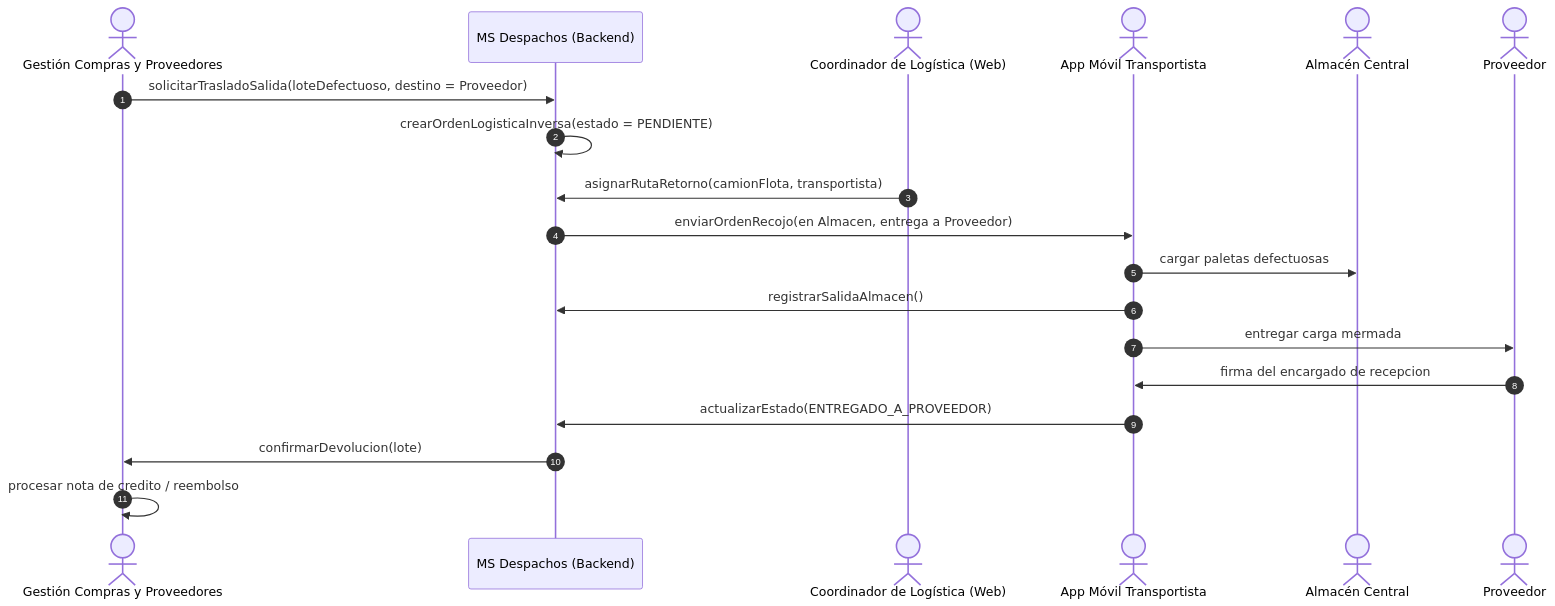
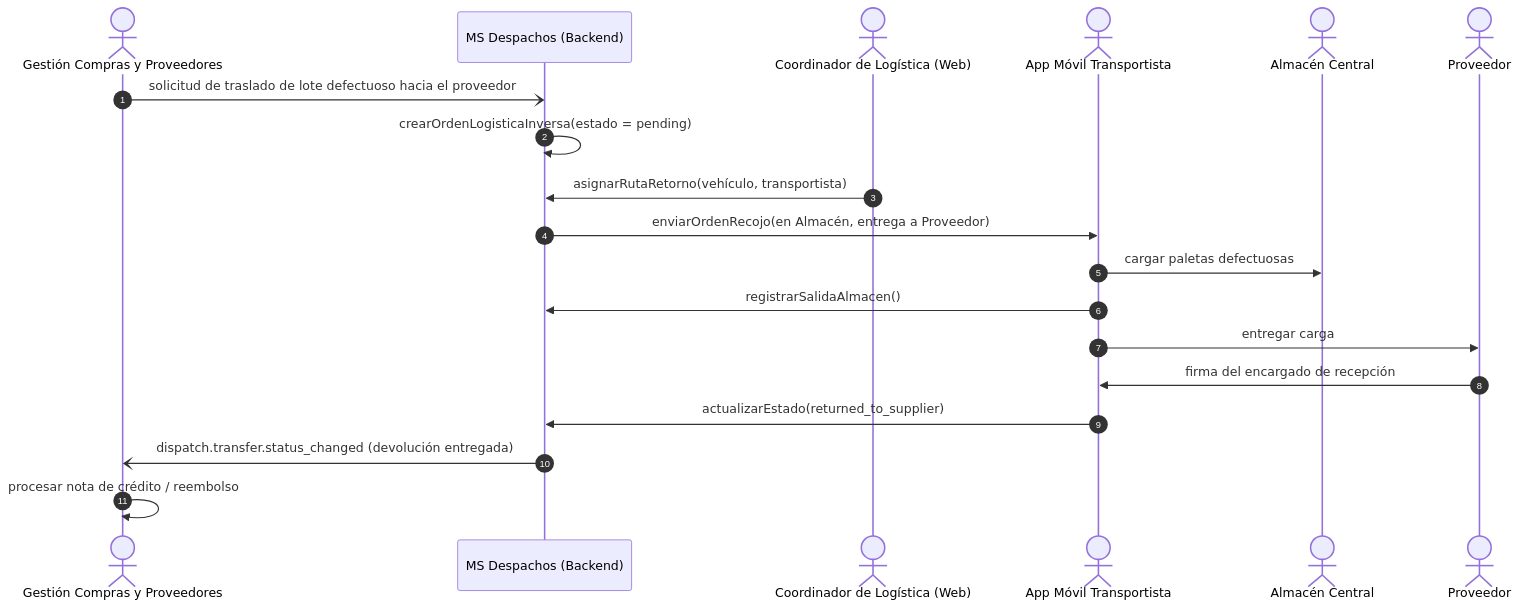
The fifth of 5 diagrams in interoperabilidad-y-flujos.md (Entregas-y-despacho-MS/delivery-dispatch-docs), drawn with Mermaid before and after one commit. The commit also changed other lines of this file and 4 other files, not shown here.

````diff
--- a/interoperabilidad-y-flujos.md
+++ b/interoperabilidad-y-flujos.md
@@ -141,26 +275,26 @@
 ```mermaid
 sequenceDiagram
     autonumber
     actor Compras as Gestión Compras y Proveedores
     participant Backend as MS Despachos (Backend)
     actor Coordinador as Coordinador de Logística (Web)
     actor Repartidor as App Móvil Transportista
     actor Almacen as Almacén Central
     actor Proveedor as Proveedor
 
-    Compras->>Backend: solicitarTrasladoSalida(loteDefectuoso, destino = Proveedor)
-    Backend->>Backend: crearOrdenLogisticaInversa(estado = PENDIENTE)
-    
-    Coordinador->>Backend: asignarRutaRetorno(camionFlota, transportista)
-    Backend->>Repartidor: enviarOrdenRecojo(en Almacen, entrega a Proveedor)
-    
+    Compras-)Backend: solicitud de traslado de lote defectuoso hacia el proveedor
+    Backend->>Backend: crearOrdenLogisticaInversa(estado = pending)
+
+    Coordinador->>Backend: asignarRutaRetorno(vehículo, transportista)
+    Backend->>Repartidor: enviarOrdenRecojo(en Almacén, entrega a Proveedor)
+
     Repartidor->>Almacen: cargar paletas defectuosas
     Repartidor->>Backend: registrarSalidaAlmacen()
-    
-    Repartidor->>Proveedor: entregar carga mermada
-    Proveedor->>Repartidor: firma del encargado de recepcion
-    Repartidor->>Backend: actualizarEstado(ENTREGADO_A_PROVEEDOR)
-    
-    Backend->>Compras: confirmarDevolucion(lote)
-    Compras->>Compras: procesar nota de credito / reembolso
+
+    Repartidor->>Proveedor: entregar carga
+    Proveedor->>Repartidor: firma del encargado de recepción
+    Repartidor->>Backend: actualizarEstado(returned_to_supplier)
+
+    Backend-)Compras: dispatch.transfer.status_changed (devolución entregada)
+    Compras->>Compras: procesar nota de crédito / reembolso
 ```
````
